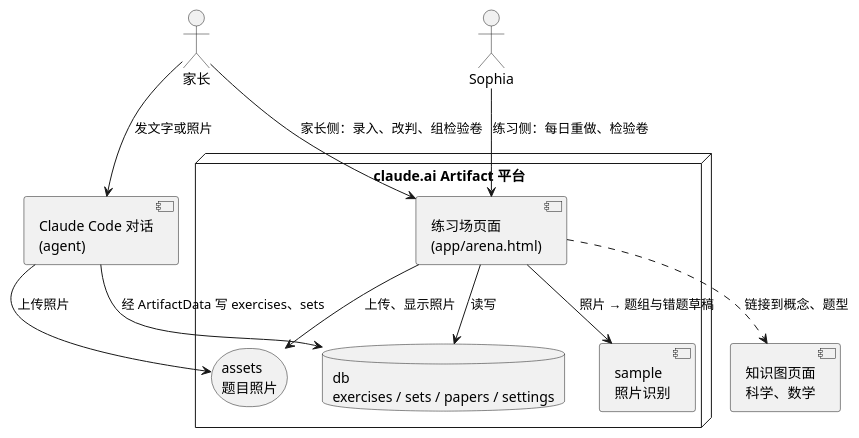
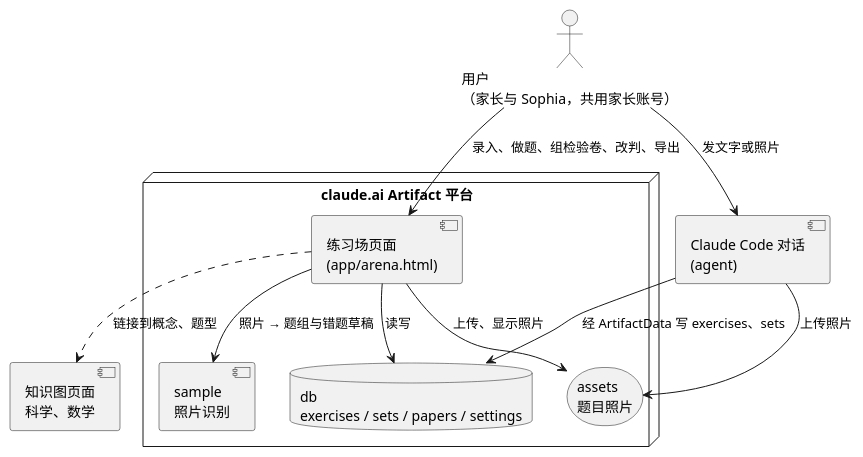
One commit to lengthlong/exercise_arena changed the diagram in architecture/CONTAINERS.md. Above: the diagram before and after it, drawn with PlantUML. The commit also changed other lines of this file and 13 other files, not shown here.

````diff
--- a/architecture/CONTAINERS.md
+++ b/architecture/CONTAINERS.md
@@ -5,24 +5,22 @@
 ```plantuml
 @startuml
-actor "家长" as Parent
-actor "Sophia" as Sophia
+actor "用户\n（家长与 Sophia，共用家长账号）" as User
 node "claude.ai Artifact 平台" as Platform {
   component "练习场页面\n(app/arena.html)" as Page
   database "db\nexercises / sets / papers / settings" as DB
   storage "assets\n题目照片" as Assets
   component "sample\n照片识别" as Sample
 }
 component "Claude Code 对话\n(agent)" as Agent
 component "知识图页面\n科学、数学" as Maps
 
-Parent --> Page : 家长侧：录入、改判、组检验卷
-Sophia --> Page : 练习侧：每日重做、检验卷
+User --> Page : 录入、做题、组检验卷、改判、导出
 Page --> DB : 读写
 Page --> Assets : 上传、显示照片
 Page --> Sample : 照片 → 题组与错题草稿
-Parent --> Agent : 发文字或照片
+User --> Agent : 发文字或照片
 Agent --> DB : 经 ArtifactData 写 exercises、sets
 Agent --> Assets : 上传照片
 Page ..> Maps : 链接到概念、题型
 @enduml
 ```
````
